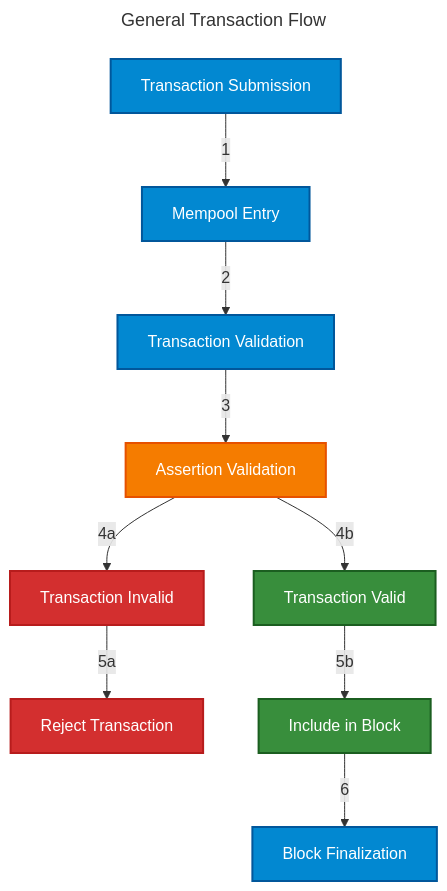
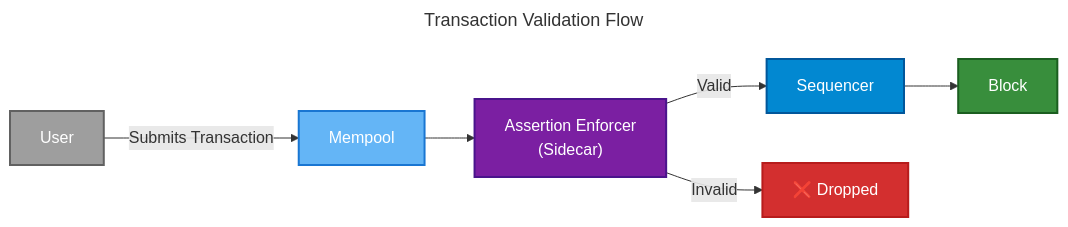
The second of 3 diagrams in credible/architecture-overview.mdx (phylaxsystems/phylax-docs), drawn with Mermaid before and after one commit. The commit also changed other lines of this file and 2 other files, not shown here.

Commit message:
update and fix diagrams

````diff
--- a/credible/architecture-overview.mdx
+++ b/credible/architecture-overview.mdx
@@ -105,28 +114,27 @@
 ```mermaid
 ---
-title: General Transaction Flow
+title: Transaction Validation Flow
 ---
-flowchart TD
-    TX["Transaction Submission"] -->|"1"| MP["Mempool Entry"]
-    MP -->|"2"| TV["Transaction Validation"]
+flowchart LR
+    USER["User"] -->|"Submits Transaction"| MP["Mempool"]
+    MP --> SIDECAR["Assertion Enforcer<br/>(Sidecar)"]
 
-    TV -->|"3"| AV["Assertion Validation"]
+    SIDECAR -->|"Valid"| SEQ["Sequencer"]
+    SIDECAR -->|"Invalid"| DROP["❌ Dropped"]
 
-    AV -->|"4a"| INVALID["Transaction Invalid"]
-    AV -->|"4b"| VALID["Transaction Valid"]
+    SEQ --> BLOCK["Block"]
 
-    INVALID -->|"5a"| REJECT["Reject Transaction"]
-    VALID -->|"5b"| INCLUDE["Include in Block"]
-
-    INCLUDE -->|"6"| FINAL["Block Finalization"]
-
-    classDef step fill:#0288d1,stroke:#01579b,stroke-width:2px,color:#fff
-    classDef validation fill:#f57c00,stroke:#e65100,stroke-width:2px,color:#fff
+    classDef user fill:#9e9e9e,stroke:#616161,stroke-width:2px,color:#fff
+    classDef mempool fill:#64b5f6,stroke:#1976d2,stroke-width:2px,color:#fff
+    classDef sidecar fill:#7b1fa2,stroke:#4a148c,stroke-width:2px,color:#fff
+    classDef sequencer fill:#0288d1,stroke:#01579b,stroke-width:2px,color:#fff
     classDef valid fill:#388e3c,stroke:#1b5e20,stroke-width:2px,color:#fff
     classDef invalid fill:#d32f2f,stroke:#b71c1c,stroke-width:2px,color:#fff
 
-    class TX,MP,TV,FINAL step
-    class AV validation
-    class VALID,INCLUDE valid
-    class INVALID,REJECT invalid
+    class USER user
+    class MP mempool
+    class SIDECAR sidecar
+    class SEQ sequencer
+    class BLOCK valid
+    class DROP invalid
 ```
````
